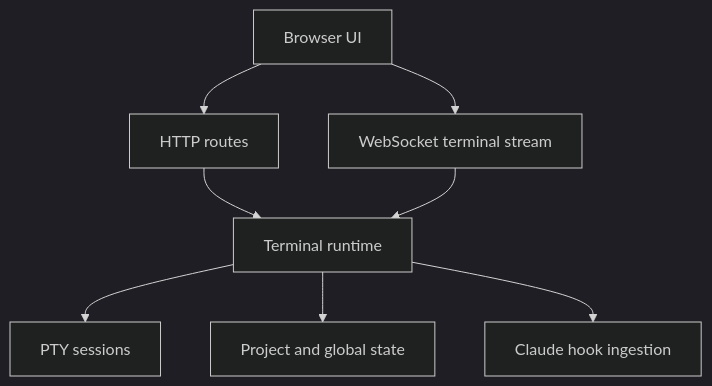
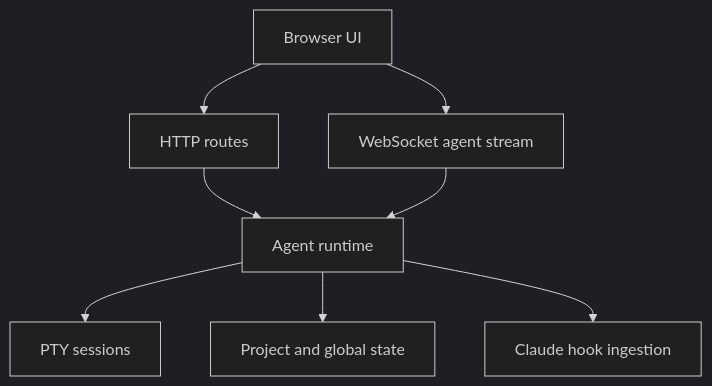
One commit to josephg29/improvedsentiph changed the diagram in docs/concepts/runtime-and-api.md. Above: the diagram before and after it, drawn with Mermaid (dark theme). The commit also changed other lines of this file and 202 other files, not shown here.

````diff
--- a/docs/concepts/runtime-and-api.md
+++ b/docs/concepts/runtime-and-api.md
@@ -7,10 +7,10 @@
 ```mermaid
 flowchart TD
   Browser[Browser UI] --> HTTP[HTTP routes]
-  Browser --> WS[WebSocket terminal stream]
-  HTTP --> Runtime[Terminal runtime]
+  Browser --> WS[WebSocket agent stream]
+  HTTP --> Runtime[Agent runtime]
   WS --> Runtime
   Runtime --> PTY[PTY sessions]
   Runtime --> Files["Project and global state"]
   Runtime --> Hooks[Claude hook ingestion]
 ```
````
